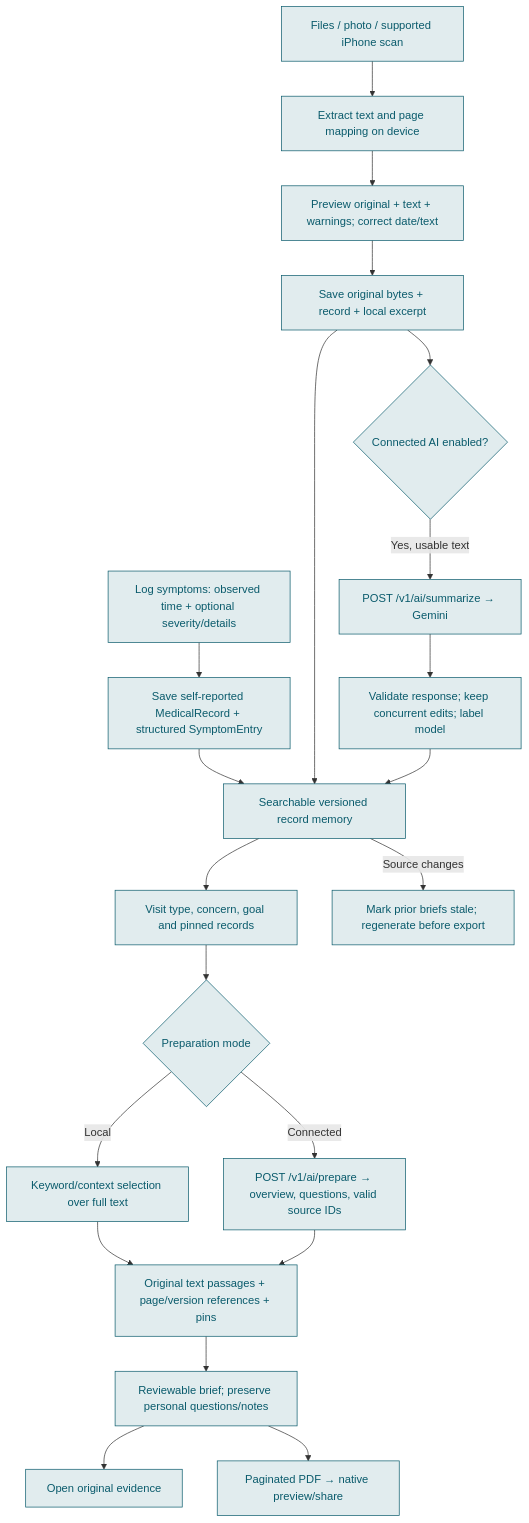
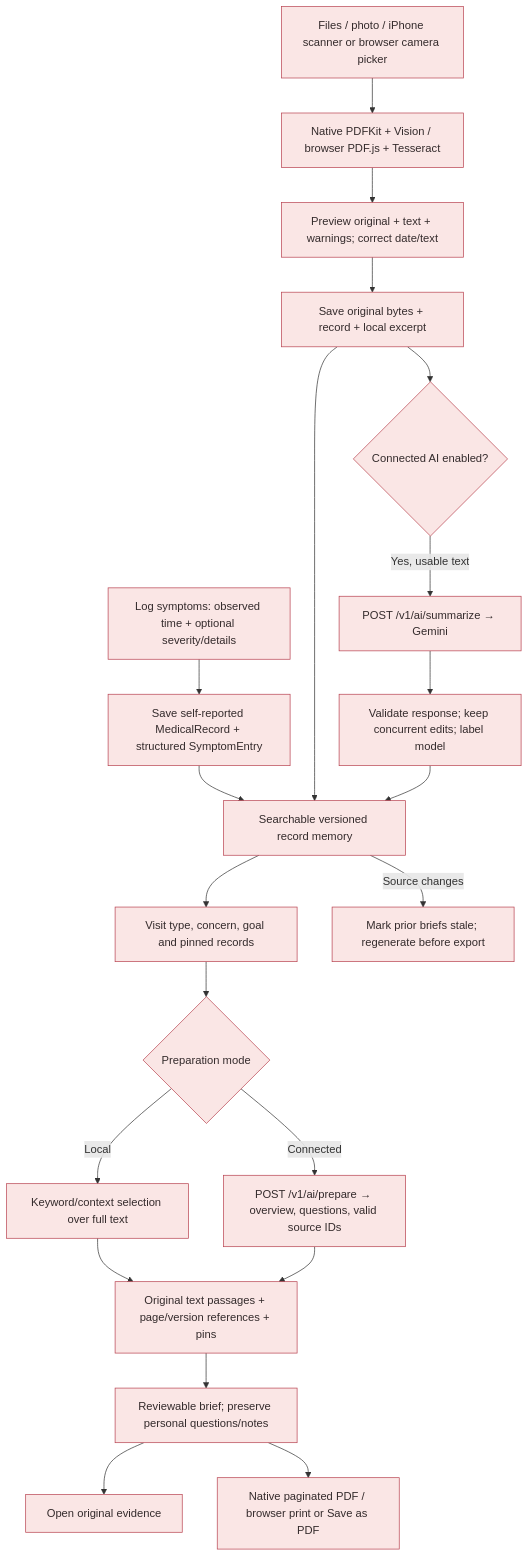
Before and after one commit to Siddiqui-R/2026_ricehackathon_medicine: the second of 6 diagrams in docs/architecture.md, drawn with Mermaid. The commit also changed other lines of this file and 12 other files, not shown here.

````diff
--- a/docs/architecture.md
+++ b/docs/architecture.md
@@ -81,24 +95,24 @@
 ```mermaid
 flowchart TD
     SYMPTOM["Log symptoms: observed time + optional severity/details"] --> OBSERVATION["Save self-reported MedicalRecord + structured SymptomEntry"]
     OBSERVATION --> MEMORY
-    IMPORT["Files / photo / supported iPhone scan"] --> EXTRACT["Extract text and page mapping on device"]
+    IMPORT["Files / photo / iPhone scanner or browser camera picker"] --> EXTRACT["Native PDFKit + Vision / browser PDF.js + Tesseract"]
     EXTRACT --> REVIEW["Preview original + text + warnings; correct date/text"]
     REVIEW --> SAVE["Save original bytes + record + local excerpt"]
     SAVE --> MEMORY["Searchable versioned record memory"]
     SAVE --> ENABLED{"Connected AI enabled?"}
     ENABLED -->|"Yes, usable text"| SUMMARY["POST /v1/ai/summarize → Gemini"]
     SUMMARY --> VALID["Validate response; keep concurrent edits; label model"] --> MEMORY
     MEMORY --> VISIT["Visit type, concern, goal and pinned records"]
     VISIT --> MODE{"Preparation mode"}
     MODE -->|"Local"| LOCAL["Keyword/context selection over full text"]
     MODE -->|"Connected"| AI["POST /v1/ai/prepare → overview, questions, valid source IDs"]
     LOCAL --> QUOTES["Original text passages + page/version references + pins"]
     AI --> QUOTES
     QUOTES --> BRIEF["Reviewable brief; preserve personal questions/notes"]
     BRIEF --> SOURCE["Open original evidence"]
-    BRIEF --> PDF["Paginated PDF → native preview/share"]
+    BRIEF --> PDF["Native paginated PDF / browser print or Save as PDF"]
     MEMORY -->|"Source changes"| STALE["Mark prior briefs stale; regenerate before export"]
-    classDef reva fill:#E1ECEE,stroke:#0A5B6C,color:#0A5B6C;
+    classDef reva fill:#FAE6E5,stroke:#B84250,color:#342B2C;
     class SYMPTOM,OBSERVATION,IMPORT,EXTRACT,REVIEW,SAVE,MEMORY,ENABLED,SUMMARY,VALID,VISIT,MODE,LOCAL,AI,QUOTES,BRIEF,SOURCE,PDF,STALE reva;
 ```
````
